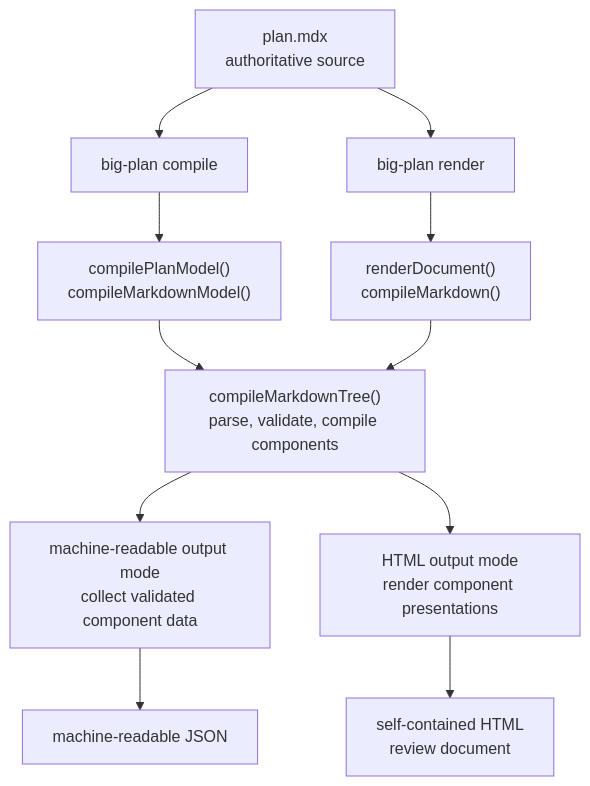
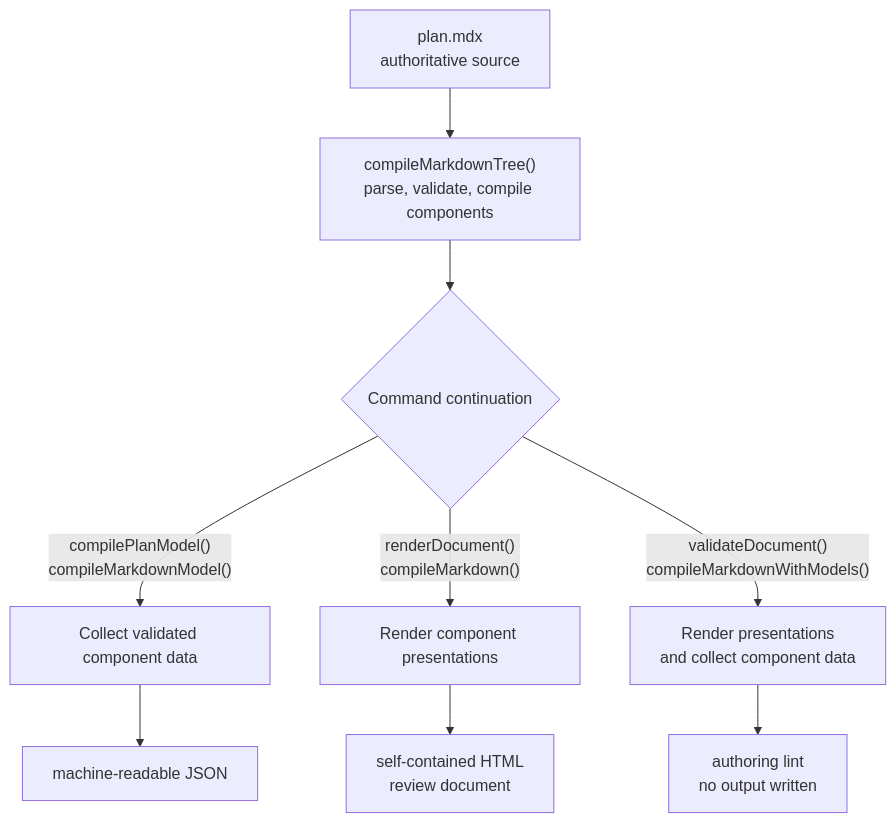
One commit to josh-padnick/big-plan changed the first of 2 diagrams in docs/src/content/docs/architecture.md. Above: the diagram before and after it, drawn with Mermaid. The commit also changed other lines of this file and 1 other file, not shown here.

Commit message:
no-mistakes(document): Document validation architecture and lint boundaries

````diff
--- a/docs/src/content/docs/architecture.md
+++ b/docs/src/content/docs/architecture.md
@@ -25,14 +25,12 @@
 ```mermaid
 flowchart TB
   A["plan.mdx<br/>authoritative source"]
-  A --> B["big-plan compile"]
-  A --> C["big-plan render"]
-  B --> D["compilePlanModel()<br/>compileMarkdownModel()"]
-  C --> E["renderDocument()<br/>compileMarkdown()"]
-  D --> F["compileMarkdownTree()<br/>parse, validate, compile components"]
-  E --> F
-  F --> G["machine-readable output mode<br/>collect validated component data"]
-  F --> H["HTML output mode<br/>render component presentations"]
+  A --> F["compileMarkdownTree()<br/>parse, validate, compile components"]
+  F --> Q{"Command continuation"}
+  Q -- "compilePlanModel()<br/>compileMarkdownModel()" --> G["Collect validated component data"]
+  Q -- "renderDocument()<br/>compileMarkdown()" --> H["Render component presentations"]
+  Q -- "validateDocument()<br/>compileMarkdownWithModels()" --> M["Render presentations<br/>and collect component data"]
   G --> I["machine-readable JSON"]
   H --> J["self-contained HTML<br/>review document"]
+  M --> N["authoring lint<br/>no output written"]
 ```
````
